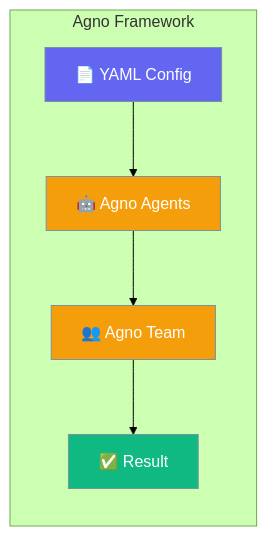
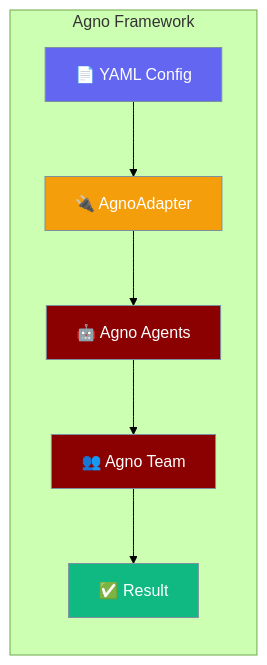
One commit to MervinPraison/PraisonAIDocs changed the first of 2 diagrams in docs/framework/agno.mdx. Above: the diagram before and after it, drawn with Mermaid (forest theme). The commit also changed other lines of this file and 5 other files, not shown here.

````diff
--- a/docs/framework/agno.mdx
+++ b/docs/framework/agno.mdx
@@ -10,16 +10,19 @@
 ```mermaid
 graph LR
     subgraph "Agno Framework"
-        YAML[📄 YAML Config] --> Agents[🤖 Agno Agents]
+        YAML[📄 YAML Config] --> Adapter[🔌 AgnoAdapter]
+        Adapter --> Agents[🤖 Agno Agents]
         Agents --> Team[👥 Agno Team]
         Team --> Result[✅ Result]
     end
 
     classDef input fill:#6366F1,stroke:#7C90A0,color:#fff
     classDef process fill:#F59E0B,stroke:#7C90A0,color:#fff
+    classDef agent fill:#8B0000,stroke:#7C90A0,color:#fff
     classDef output fill:#10B981,stroke:#7C90A0,color:#fff
 
     class YAML input
-    class Agents,Team process
+    class Adapter process
+    class Agents,Team agent
     class Result output
 ```
````
